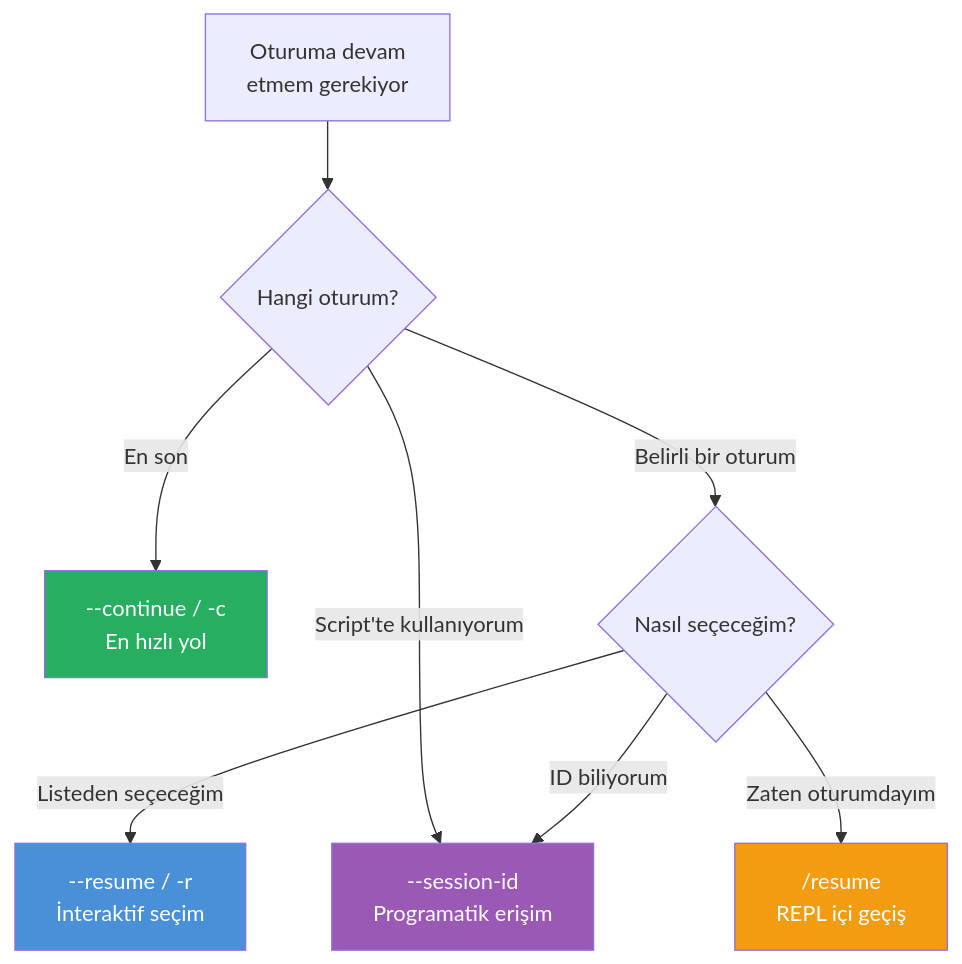
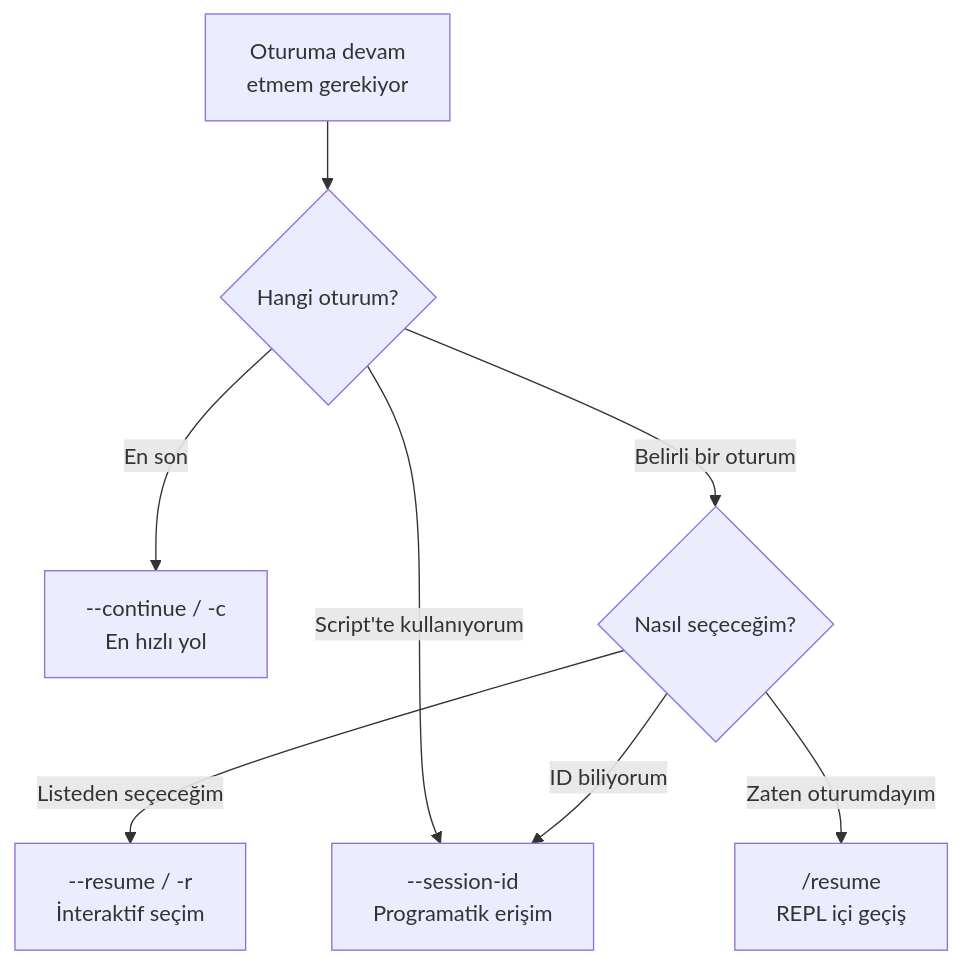
Before and after one commit to IzzetYasinAtes/ClaudeCodeHandbook: the fourth of 5 diagrams in 09-bellek-ve-baglam/06-oturum-yonetimi.md, drawn with Mermaid. The commit also changed other lines of this file and 97 other files, not shown here.

Commit message:
Remove all custom Mermaid style/fill colors from 98 markdown files for consistent dark theme rendering

````diff
--- a/09-bellek-ve-baglam/06-oturum-yonetimi.md
+++ b/09-bellek-ve-baglam/06-oturum-yonetimi.md
@@ -161,18 +155,14 @@
 ```mermaid
 flowchart TD
     NEED["Oturuma devam<br/>etmem gerekiyor"] --> Q1{"Hangi oturum?"}
 
     Q1 -->|"En son"| CONTINUE["--continue / -c<br/>En hızlı yol"]
     Q1 -->|"Belirli bir oturum"| Q2{"Nasıl seçeceğim?"}
     Q1 -->|"Script'te kullanıyorum"| SESSION_ID["--session-id<br/>Programatik erişim"]
 
     Q2 -->|"Listeden seçeceğim"| RESUME["--resume / -r<br/>İnteraktif seçim"]
     Q2 -->|"ID biliyorum"| SESSION_ID
 
     Q2 -->|"Zaten oturumdayım"| REPL_RESUME["/resume<br/>REPL içi geçiş"]
 
-    style CONTINUE fill:#27AE60,color:#fff
-    style RESUME fill:#4A90D9,color:#fff
-    style SESSION_ID fill:#9B59B6,color:#fff
-    style REPL_RESUME fill:#F39C12,color:#fff
 ```
````
